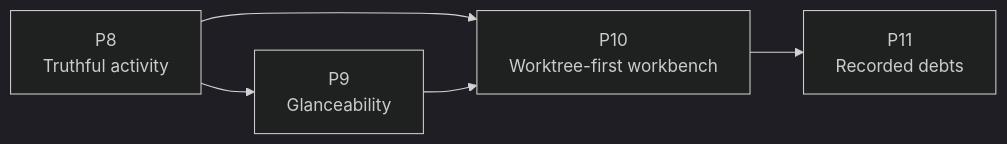
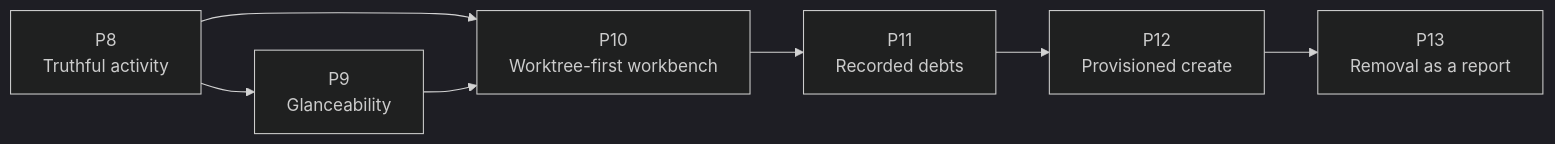
One commit to Asimov-Syntax/anywhere-terminal changed the diagram in docs/PLAN.md. Above: the diagram before and after it, drawn with Mermaid (dark theme). The commit also changed other lines of this file and 9 other files, not shown here.

````diff
--- a/docs/PLAN.md
+++ b/docs/PLAN.md
@@ -69,7 +76,9 @@
 ```mermaid
 flowchart LR
     P8[P8<br>Truthful activity] --> P9[P9<br>Glanceability]
     P8 --> P10[P10<br>Worktree-first workbench]
     P9 --> P10
     P10 --> P11[P11<br>Recorded debts]
+    P11 --> P12[P12<br>Provisioned create]
+    P12 --> P13[P13<br>Removal as a report]
 ```
````
